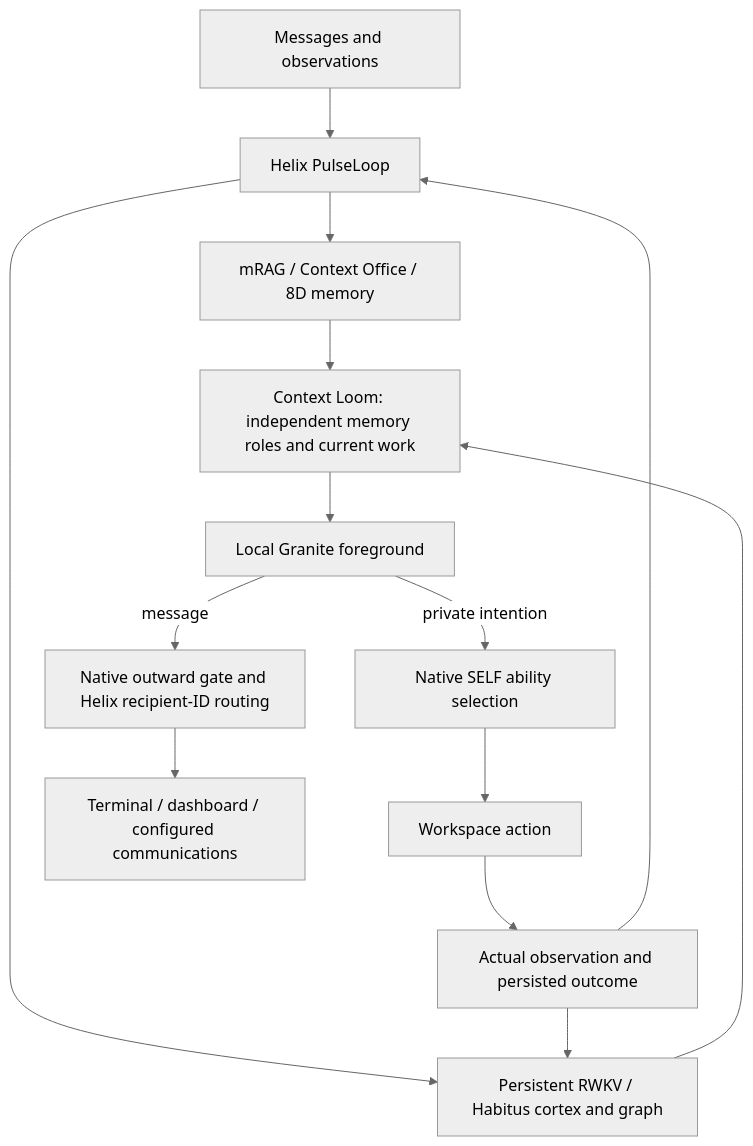
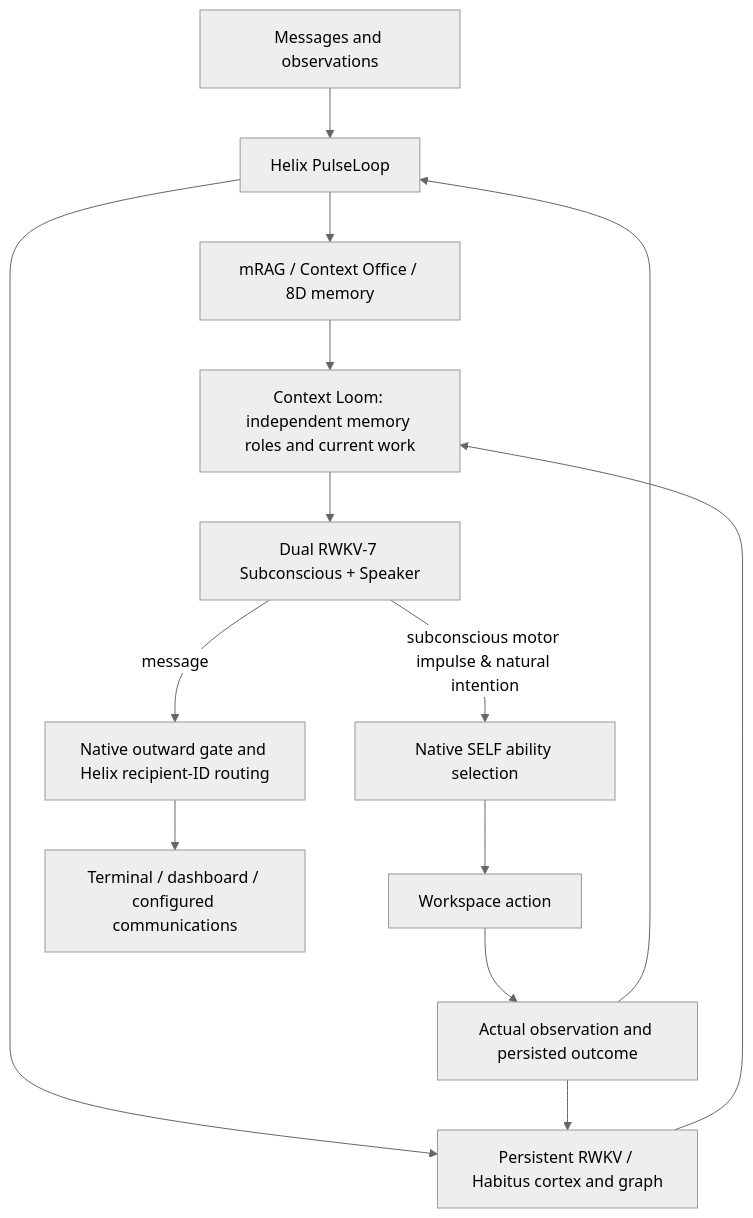
The first of 2 diagrams in README.md (agent-memory-atlas-archive/munch2u-a11y--Helix-AGI), drawn with Mermaid (neutral theme) before and after one commit. The commit also changed other lines of this file and 4 other files, not shown here.

Commit message:
docs(architecture): update action path, mindscape launch, and README for dual rwkv subconscious motor bridge and functional nursery

````diff
--- a/README.md
+++ b/README.md
@@ -59,16 +59,16 @@
 ```mermaid
 flowchart TD
     Input[Messages and observations] --> Pulse[Helix PulseLoop]
     Pulse --> HelixMemory[mRAG / Context Office / 8D memory]
     Pulse --> Native[Persistent RWKV / Habitus cortex and graph]
     HelixMemory --> Context[Context Loom: independent memory roles and current work]
     Native --> Context
-    Context --> Granite[Local Granite foreground]
-    Granite -->|private intention| Authorization[Native SELF ability selection]
+    Context --> DualRWKV[Dual RWKV-7 Subconscious + Speaker]
+    DualRWKV -->|subconscious motor impulse & natural intention| Authorization[Native SELF ability selection]
     Authorization --> Body[Workspace action]
     Body --> Return[Actual observation and persisted outcome]
     Return --> Pulse
     Return --> Native
-    Granite -->|message| Direction[Native outward gate and Helix recipient-ID routing]
+    DualRWKV -->|message| Direction[Native outward gate and Helix recipient-ID routing]
     Direction --> Channel[Terminal / dashboard / configured communications]
 ```
````
